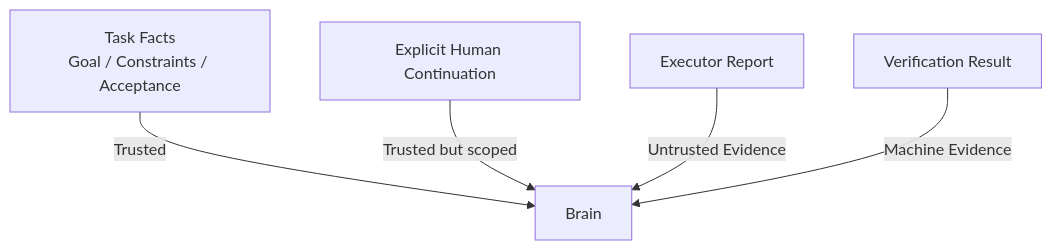
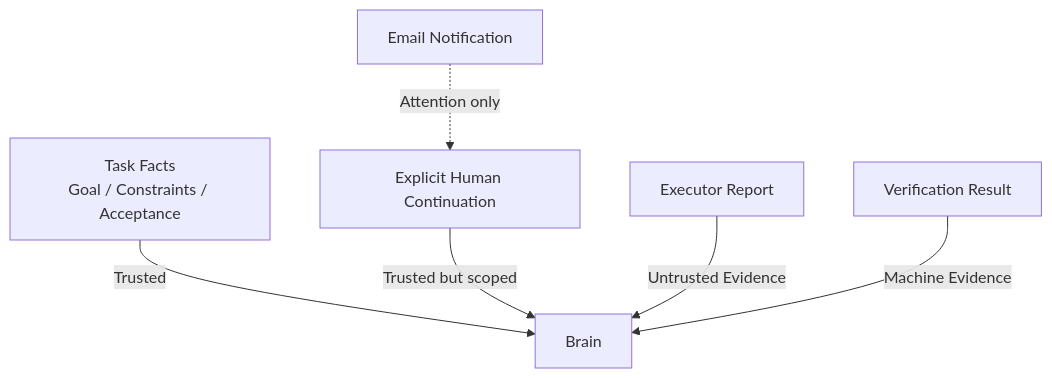
One commit to weijianjunwjj/nova-wing-showcase changed the second of 2 diagrams in docs/architecture.md. Above: the diagram before and after it, drawn with Mermaid. The commit also changed other lines of this file, not shown here.

Commit message:
docs: add human decision notification to architecture

````diff
--- a/docs/architecture.md
+++ b/docs/architecture.md
@@ -127,7 +143,8 @@
 ```mermaid
 flowchart TD
     A["Task Facts\nGoal / Constraints / Acceptance"] -->|Trusted| B[Brain]
     U["Explicit Human Continuation"] -->|Trusted but scoped| B
     E["Executor Report"] -->|Untrusted Evidence| B
     V["Verification Result"] -->|Machine Evidence| B
+    N["Email Notification"] -.->|Attention only| U
 ```
````
